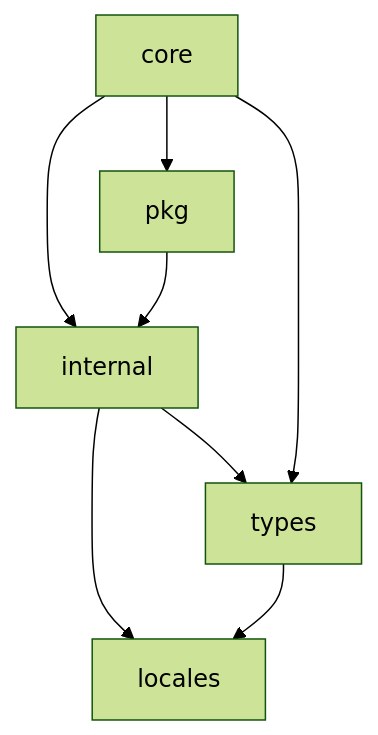
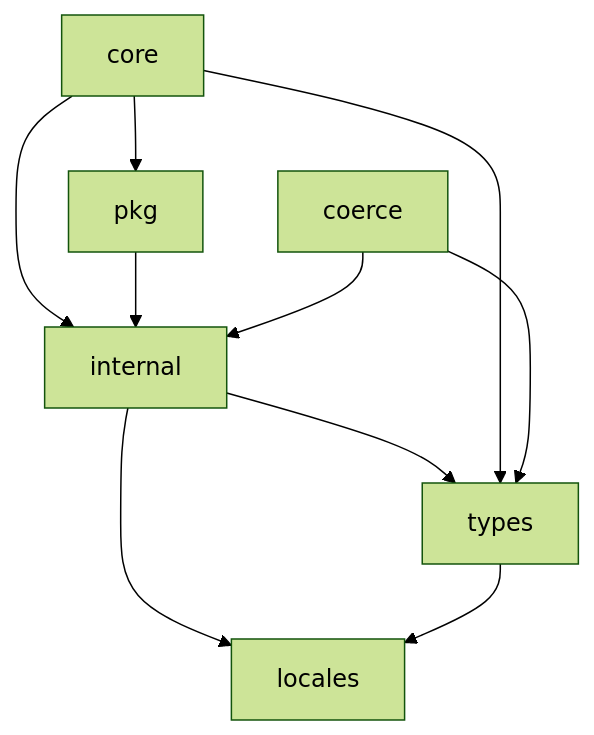
One commit to kaptinlin/gozod changed the diagram in .cursor/rules/project-structure.mdc. Above: the diagram before and after it, drawn with Mermaid (forest theme). The commit also changed other lines of this file and 103 other files, not shown here.

````diff
--- a/.cursor/rules/project-structure.mdc
+++ b/.cursor/rules/project-structure.mdc
@@ -35,10 +39,12 @@
 ```mermaid
 graph TD;
   core --> internal;
   core --> pkg;
   pkg  --> internal;
   internal --> types;
   core --> types;
   internal --> locales;
   types --> locales;
+  coerce --> types;
+  coerce --> internal;
 ```
````
